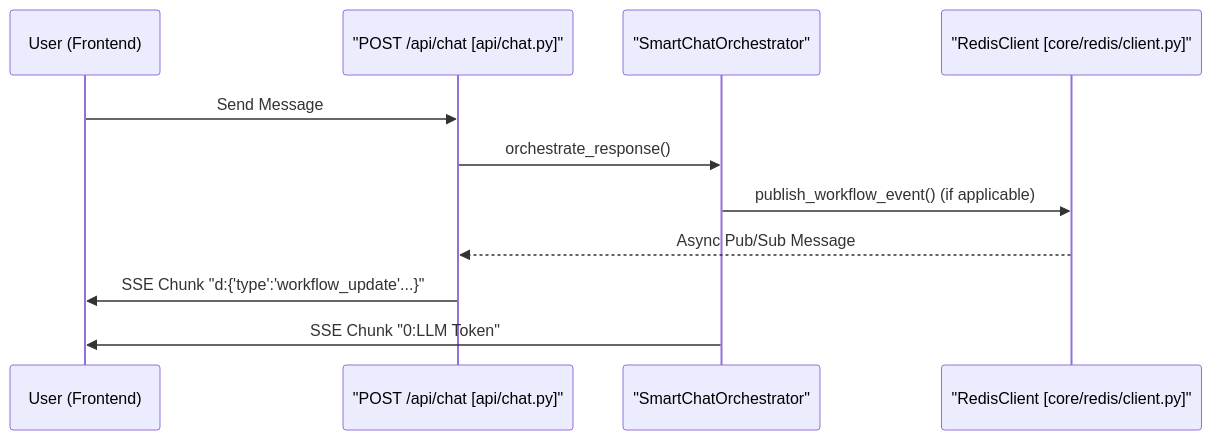
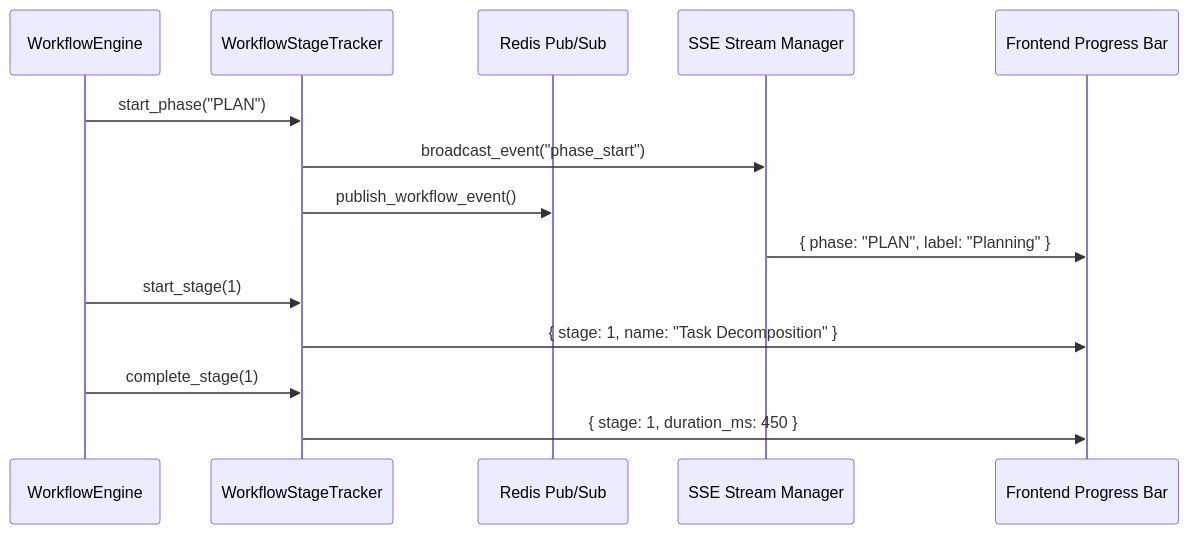
One commit to AutomatosAI/automatos-ai changed the second of 2 diagrams in docs/backend-architecture/real-time-updates.md. Above: the diagram before and after it, drawn with Mermaid. The commit also changed other lines of this file and 191 other files, not shown here.

````diff
--- a/docs/backend-architecture/real-time-updates.md
+++ b/docs/backend-architecture/real-time-updates.md
@@ -98,14 +129,19 @@
 ```mermaid
 sequenceDiagram
-    participant User as User (Frontend)
-    participant ChatAPI as "POST /api/chat [api/chat.py]"
-    participant Orchestrator as "SmartChatOrchestrator"
-    participant Redis as "RedisClient [core/redis/client.py]"
+    participant WE as WorkflowEngine
+    participant WT as WorkflowStageTracker
+    participant Redis as Redis Pub/Sub
+    participant SSE as SSE Stream Manager
+    participant UI as Frontend Progress Bar
 
-    User->>ChatAPI: Send Message
-    ChatAPI->>Orchestrator: orchestrate_response()
-    Orchestrator->>Redis: publish_workflow_event() (if applicable)
-    Redis-->>ChatAPI: Async Pub/Sub Message
-    ChatAPI->>User: SSE Chunk "d:{'type':'workflow_update'...}"
-    Orchestrator->>User: SSE Chunk "0:LLM Token"
+    WE->>WT: start_phase("PLAN")
+    WT->>SSE: broadcast_event("phase_start")
+    WT->>Redis: publish_workflow_event()
+    SSE->>UI: { phase: "PLAN", label: "Planning" }
+    
+    WE->>WT: start_stage(1)
+    WT->>UI: { stage: 1, name: "Task Decomposition" }
+    
+    WE->>WT: complete_stage(1)
+    WT->>UI: { stage: 1, duration_ms: 450 }
 ```
````
